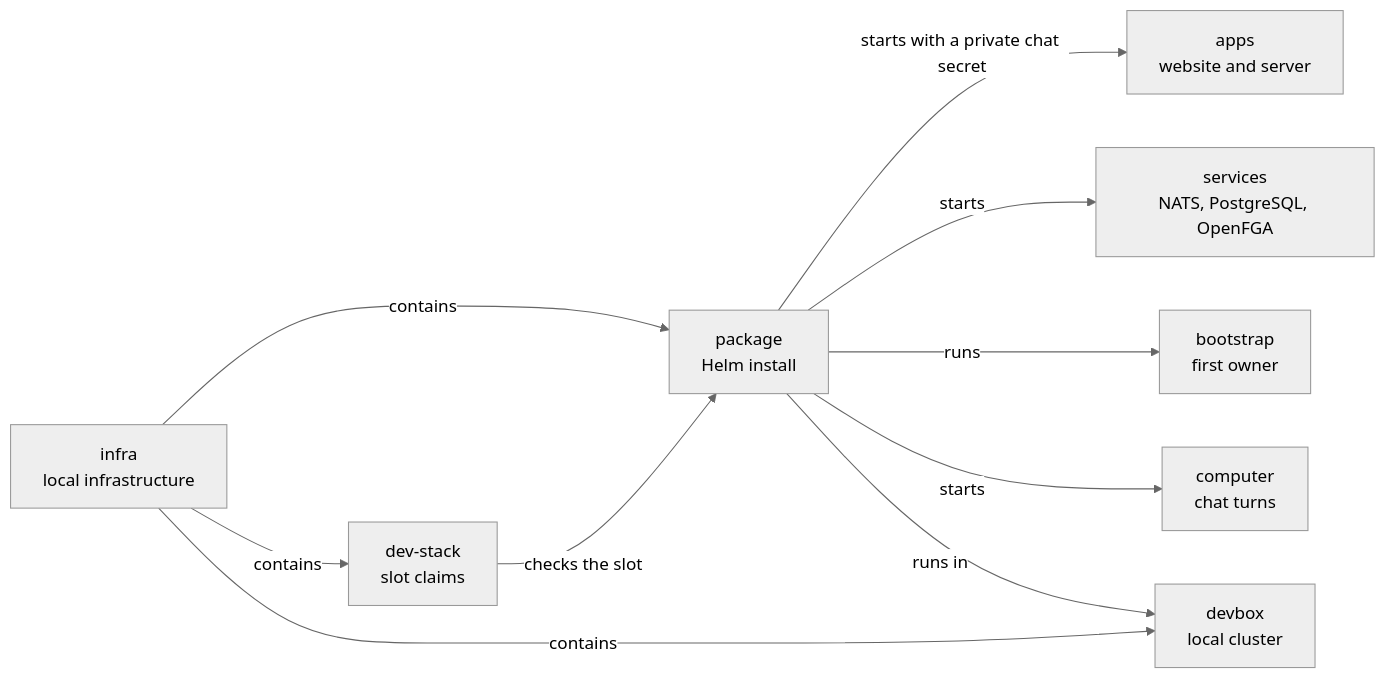
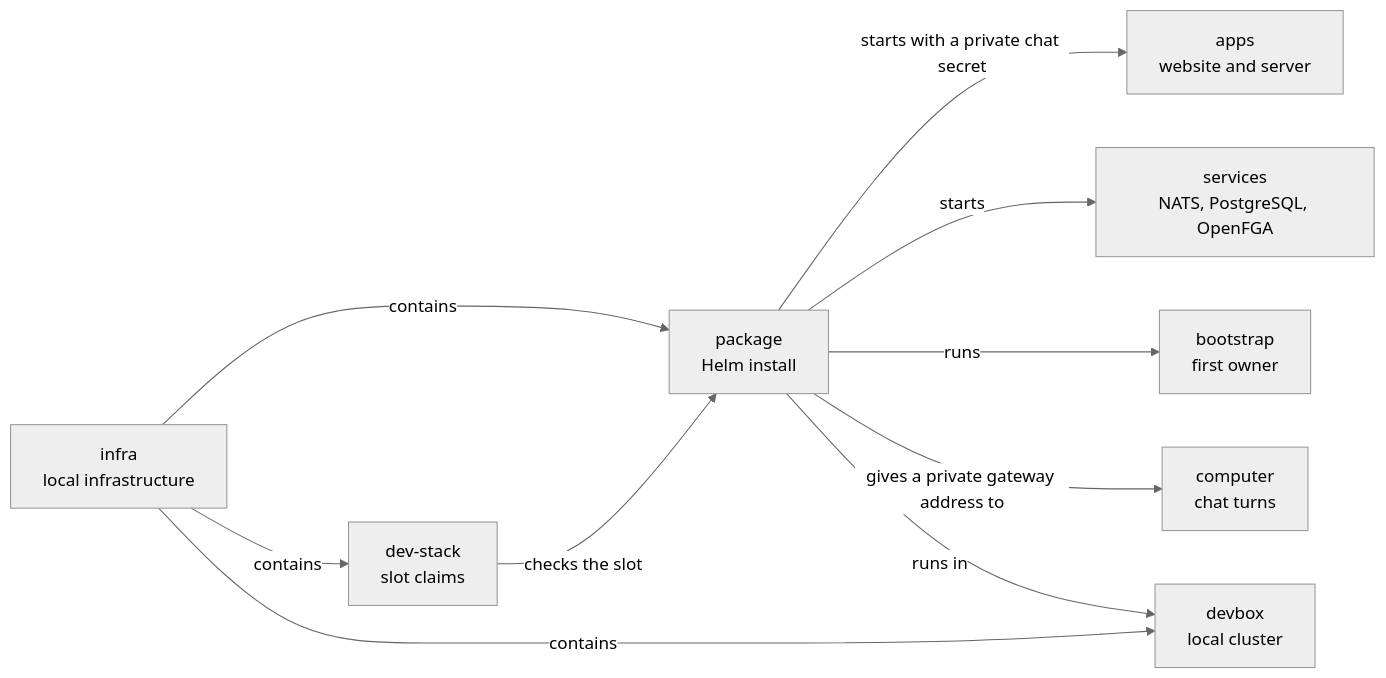
The diagram in infra/package/README.md (elewa-git/opencrane-new), drawn with Mermaid (neutral theme) before and after one commit. The commit also changed other lines of this file and 18 other files, not shown here.

Commit message:
🔒 Keep computer DNS closed and mount private key files

````diff
--- a/infra/package/README.md
+++ b/infra/package/README.md
@@ -18,12 +18,12 @@
 ```mermaid
 flowchart LR
   infra["infra<br/>local infrastructure"] -->|contains| package["package<br/>Helm install"]
   infra -->|contains| stack["dev-stack<br/>slot claims"]
   infra -->|contains| devbox["devbox<br/>local cluster"]
   stack -->|checks the slot| package
   package -->|starts with a private chat secret| apps["apps<br/>website and server"]
   package -->|starts| services["services<br/>NATS, PostgreSQL, OpenFGA"]
   package -->|runs| bootstrap["bootstrap<br/>first owner"]
-  package -->|starts| computer["computer<br/>chat turns"]
+  package -->|gives a private gateway address to| computer["computer<br/>chat turns"]
   package -->|runs in| devbox
 ```
````
